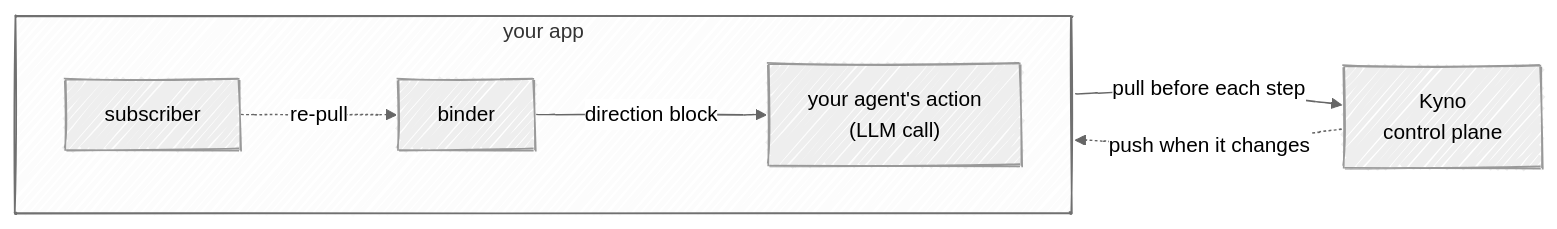
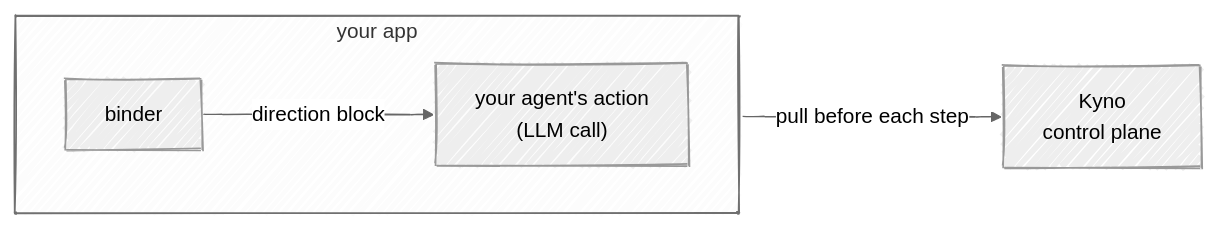
One commit to cizambra/kyno changed the first of 3 diagrams in docs/adapters.md. Above: the diagram before and after it, drawn with Mermaid. The commit also changed other lines of this file and 2 other files, not shown here.

First line of the commit message:
Update the docs for the pull-only SDK (#26)

````diff
--- a/docs/adapters.md
+++ b/docs/adapters.md
@@ -42,18 +41,16 @@
 ```mermaid
 ---
 config:
   look: handDrawn
   theme: neutral
   flowchart:
     useMaxWidth: false
 ---
 flowchart LR
   KY["Kyno<br/>control plane"]
   subgraph APP["your app"]
     direction LR
-    SUB["subscriber"] -. "re-pull" .-> BN["binder"]
-    BN -- "direction block" --> ACT["your agent's action<br/>(LLM call)"]
+    BN["binder"] -- "direction block" --> ACT["your agent's action<br/>(LLM call)"]
   end
-  KY -. "push when it changes" .-> APP
   APP -- "pull before each step" --> KY
 ```
````
